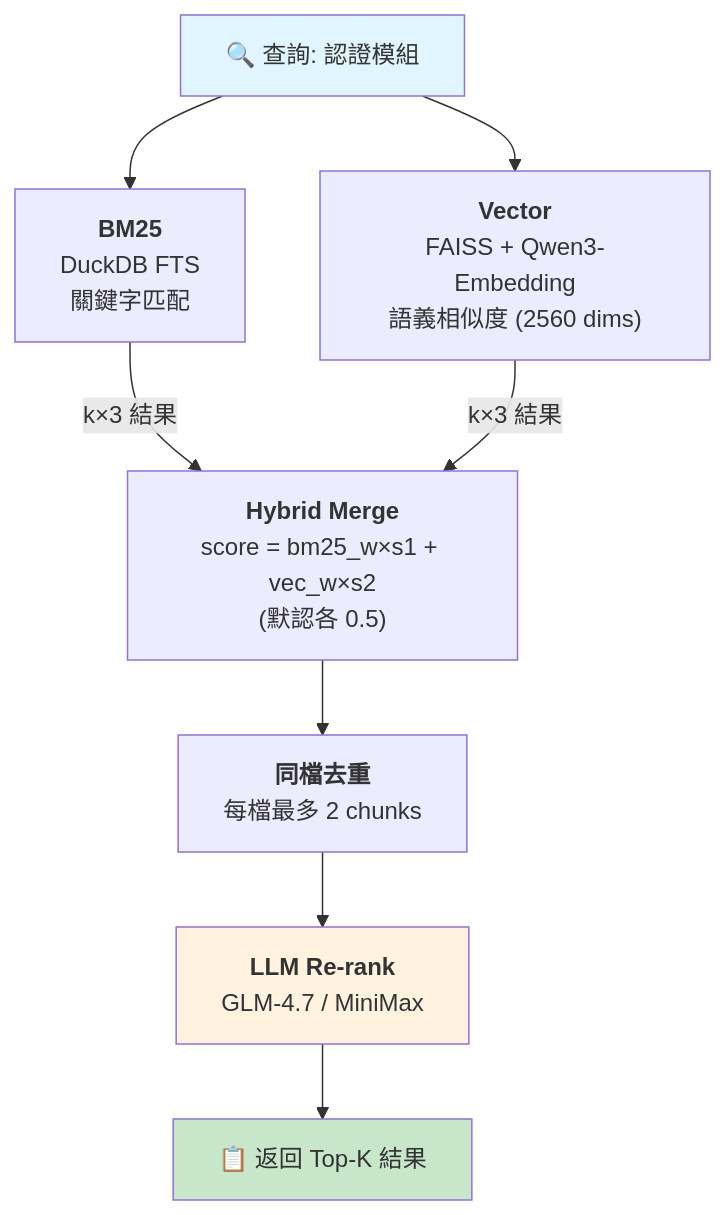
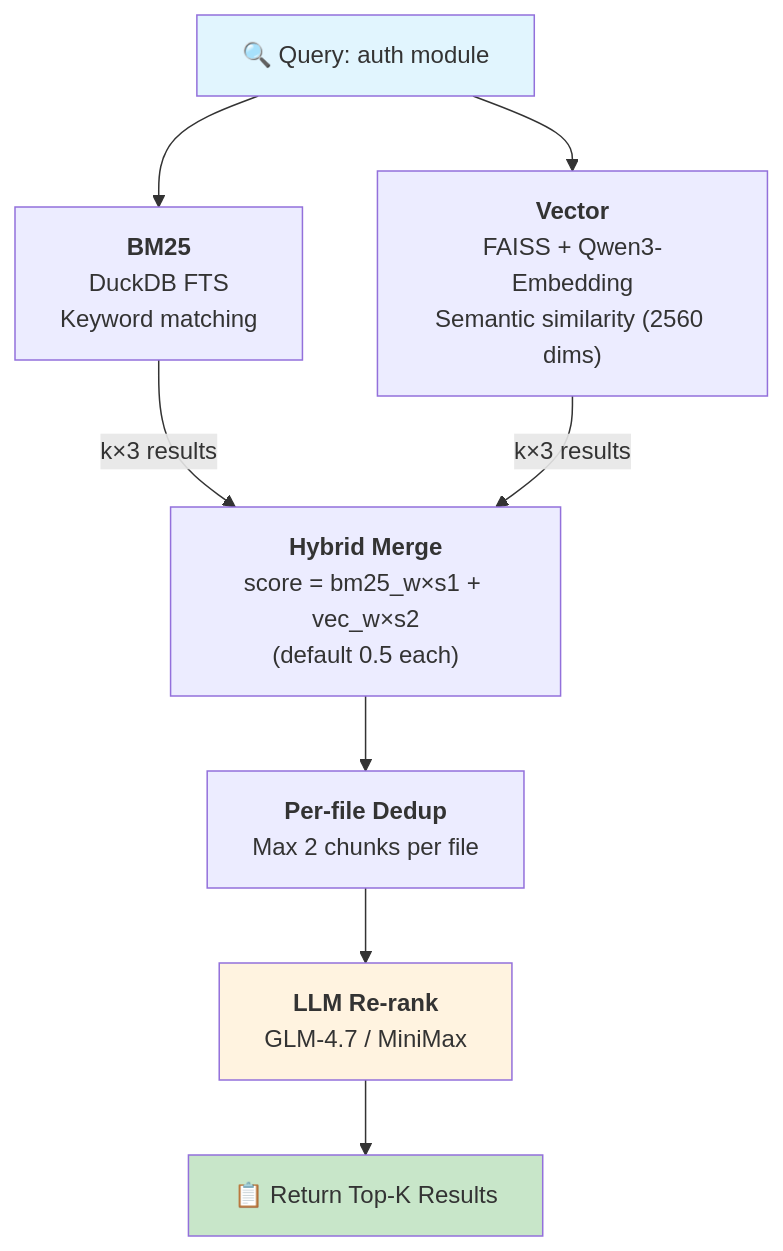
One commit to zoonderkins/augment-lite-mcp changed the second of 2 diagrams in README.md. Above: the diagram before and after it, drawn with Mermaid. The commit also changed other lines of this file and 1 other file, not shown here.

````diff
--- a/README.md
+++ b/README.md
@@ -116,18 +118,18 @@
 ```mermaid
 flowchart TB
-    Q["🔍 查詢: 認證模組"]
+    Q["🔍 Query: auth module"]
 
-    Q --> BM25["<b>BM25</b><br/>DuckDB FTS<br/>關鍵字匹配"]
-    Q --> Vector["<b>Vector</b><br/>FAISS + Qwen3-Embedding<br/>語義相似度 (2560 dims)"]
+    Q --> BM25["<b>BM25</b><br/>DuckDB FTS<br/>Keyword matching"]
+    Q --> Vector["<b>Vector</b><br/>FAISS + Qwen3-Embedding<br/>Semantic similarity (2560 dims)"]
 
-    BM25 -->|"k×3 結果"| Merge["<b>Hybrid Merge</b><br/>score = bm25_w×s1 + vec_w×s2<br/>(默認各 0.5)"]
-    Vector -->|"k×3 結果"| Merge
+    BM25 -->|"k×3 results"| Merge["<b>Hybrid Merge</b><br/>score = bm25_w×s1 + vec_w×s2<br/>(default 0.5 each)"]
+    Vector -->|"k×3 results"| Merge
 
-    Merge --> Dedup["<b>同檔去重</b><br/>每檔最多 2 chunks"]
+    Merge --> Dedup["<b>Per-file Dedup</b><br/>Max 2 chunks per file"]
     Dedup --> Rerank["<b>LLM Re-rank</b><br/>GLM-4.7 / MiniMax"]
-    Rerank --> Result["📋 返回 Top-K 結果"]
+    Rerank --> Result["📋 Return Top-K Results"]
 
     style Q fill:#e1f5fe
     style Result fill:#c8e6c9
     style Rerank fill:#fff3e0
 ```
````
